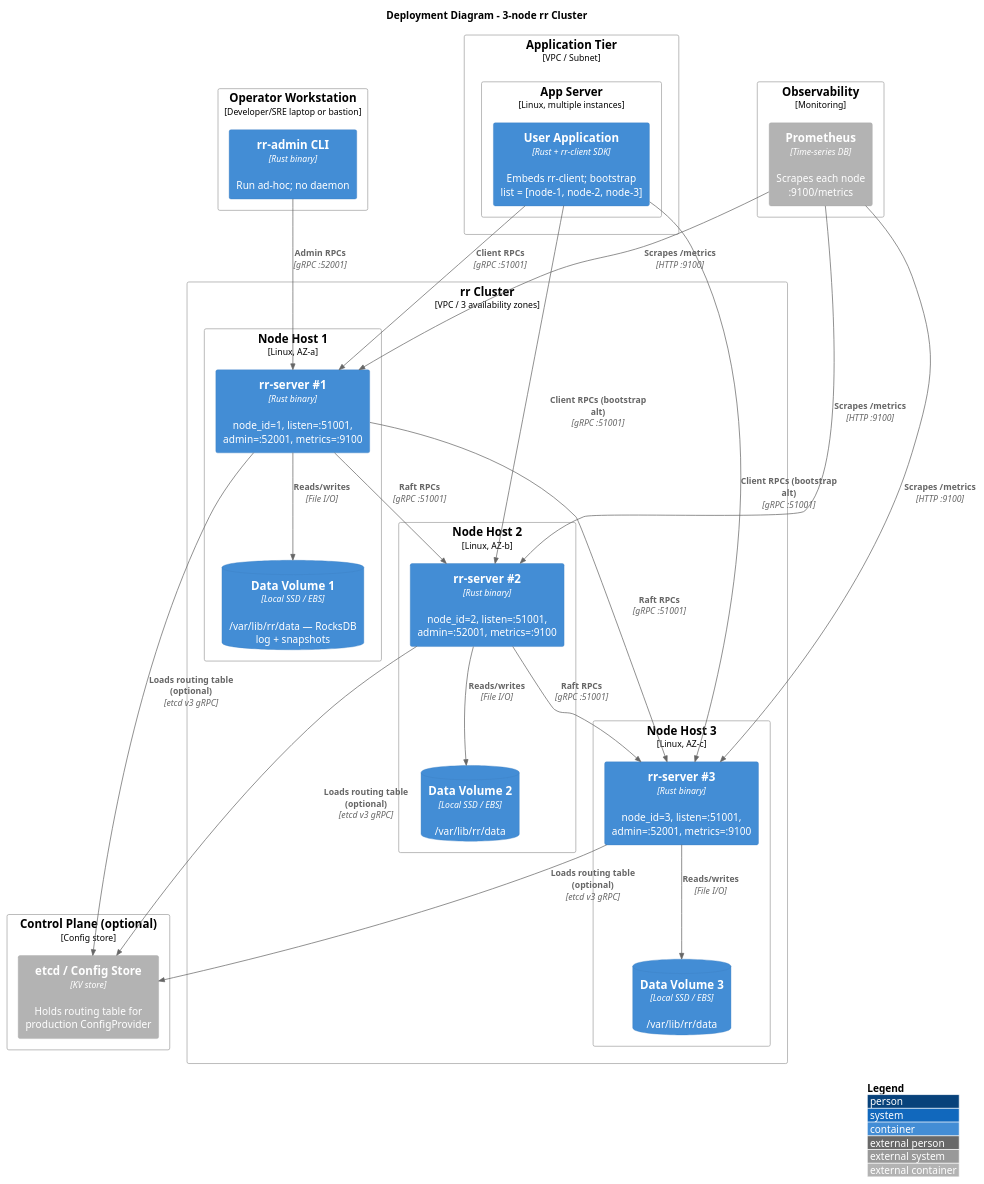
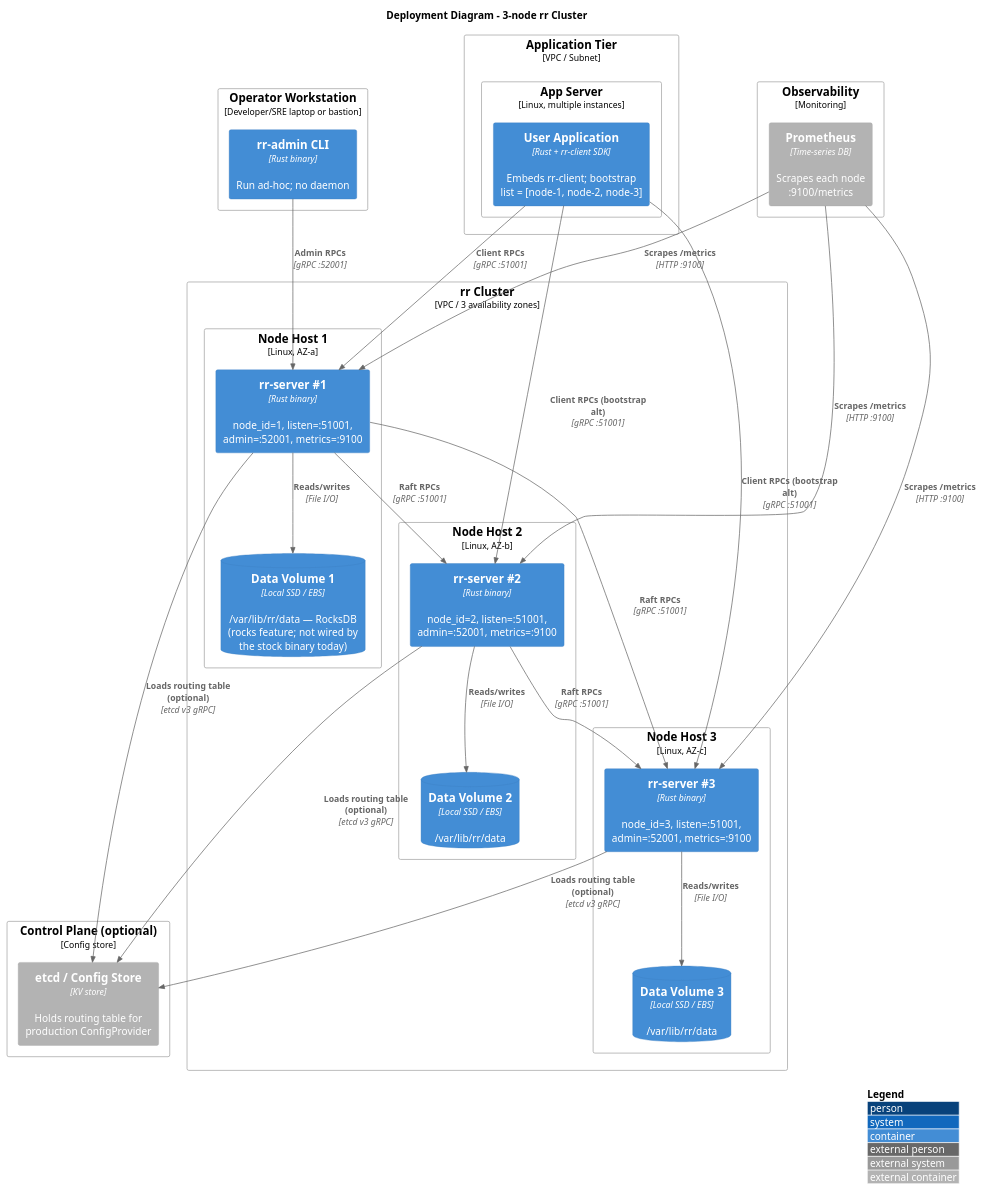
The diagram in docs/docs/architecture/c4/deployment.md (gardenias/rr), drawn with PlantUML before and after one commit. The commit also changed other lines of this file and 18 other files, not shown here.

First line of the commit message:
docs(architecture): correct factual drift against current code

````diff
--- a/docs/docs/architecture/c4/deployment.md
+++ b/docs/docs/architecture/c4/deployment.md
@@ -15,64 +15,64 @@
 ```plantuml
 @startuml
 !include <C4/C4_Deployment.puml>
 
 title Deployment Diagram - 3-node rr Cluster
 
 Deployment_Node(client_zone, "Application Tier", "VPC / Subnet") {
   Deployment_Node(app_host, "App Server", "Linux, multiple instances") {
     Container(user_app, "User Application", "Rust + rr-client SDK", "Embeds rr-client; bootstrap list = [node-1, node-2, node-3]")
   }
 }
 
 Deployment_Node(ops_zone, "Operator Workstation", "Developer/SRE laptop or bastion") {
   Container(admin_cli, "rr-admin CLI", "Rust binary", "Run ad-hoc; no daemon")
 }
 
 Deployment_Node(cluster_zone, "rr Cluster", "VPC / 3 availability zones") {
   Deployment_Node(host1, "Node Host 1", "Linux, AZ-a") {
     Container(rr1, "rr-server #1", "Rust binary", "node_id=1, listen=:51001, admin=:52001, metrics=:9100")
-    ContainerDb(disk1, "Data Volume 1", "Local SSD / EBS", "/var/lib/rr/data — RocksDB log + snapshots")
+    ContainerDb(disk1, "Data Volume 1", "Local SSD / EBS", "/var/lib/rr/data — RocksDB (rocks feature; not wired by the stock binary today)")
   }
   Deployment_Node(host2, "Node Host 2", "Linux, AZ-b") {
     Container(rr2, "rr-server #2", "Rust binary", "node_id=2, listen=:51001, admin=:52001, metrics=:9100")
     ContainerDb(disk2, "Data Volume 2", "Local SSD / EBS", "/var/lib/rr/data")
   }
   Deployment_Node(host3, "Node Host 3", "Linux, AZ-c") {
     Container(rr3, "rr-server #3", "Rust binary", "node_id=3, listen=:51001, admin=:52001, metrics=:9100")
     ContainerDb(disk3, "Data Volume 3", "Local SSD / EBS", "/var/lib/rr/data")
   }
 }
 
 Deployment_Node(obs_zone, "Observability", "Monitoring") {
   Container_Ext(prometheus, "Prometheus", "Time-series DB", "Scrapes each node :9100/metrics")
 }
 
 Deployment_Node(cfg_zone, "Control Plane (optional)", "Config store") {
   Container_Ext(etcd, "etcd / Config Store", "KV store", "Holds routing table for production ConfigProvider")
 }
 
 Rel(user_app, rr1, "Client RPCs", "gRPC :51001")
 Rel(user_app, rr2, "Client RPCs (bootstrap alt)", "gRPC :51001")
 Rel(user_app, rr3, "Client RPCs (bootstrap alt)", "gRPC :51001")
 
 Rel(admin_cli, rr1, "Admin RPCs", "gRPC :52001")
 
 Rel(rr1, rr2, "Raft RPCs", "gRPC :51001")
 Rel(rr1, rr3, "Raft RPCs", "gRPC :51001")
 Rel(rr2, rr3, "Raft RPCs", "gRPC :51001")
 
 Rel(rr1, disk1, "Reads/writes", "File I/O")
 Rel(rr2, disk2, "Reads/writes", "File I/O")
 Rel(rr3, disk3, "Reads/writes", "File I/O")
 
 Rel(prometheus, rr1, "Scrapes /metrics", "HTTP :9100")
 Rel(prometheus, rr2, "Scrapes /metrics", "HTTP :9100")
 Rel(prometheus, rr3, "Scrapes /metrics", "HTTP :9100")
 
 Rel(rr1, etcd, "Loads routing table (optional)", "etcd v3 gRPC")
 Rel(rr2, etcd, "Loads routing table (optional)", "etcd v3 gRPC")
 Rel(rr3, etcd, "Loads routing table (optional)", "etcd v3 gRPC")
 
 LAYOUT_WITH_LEGEND()
 @enduml
 ```
````
